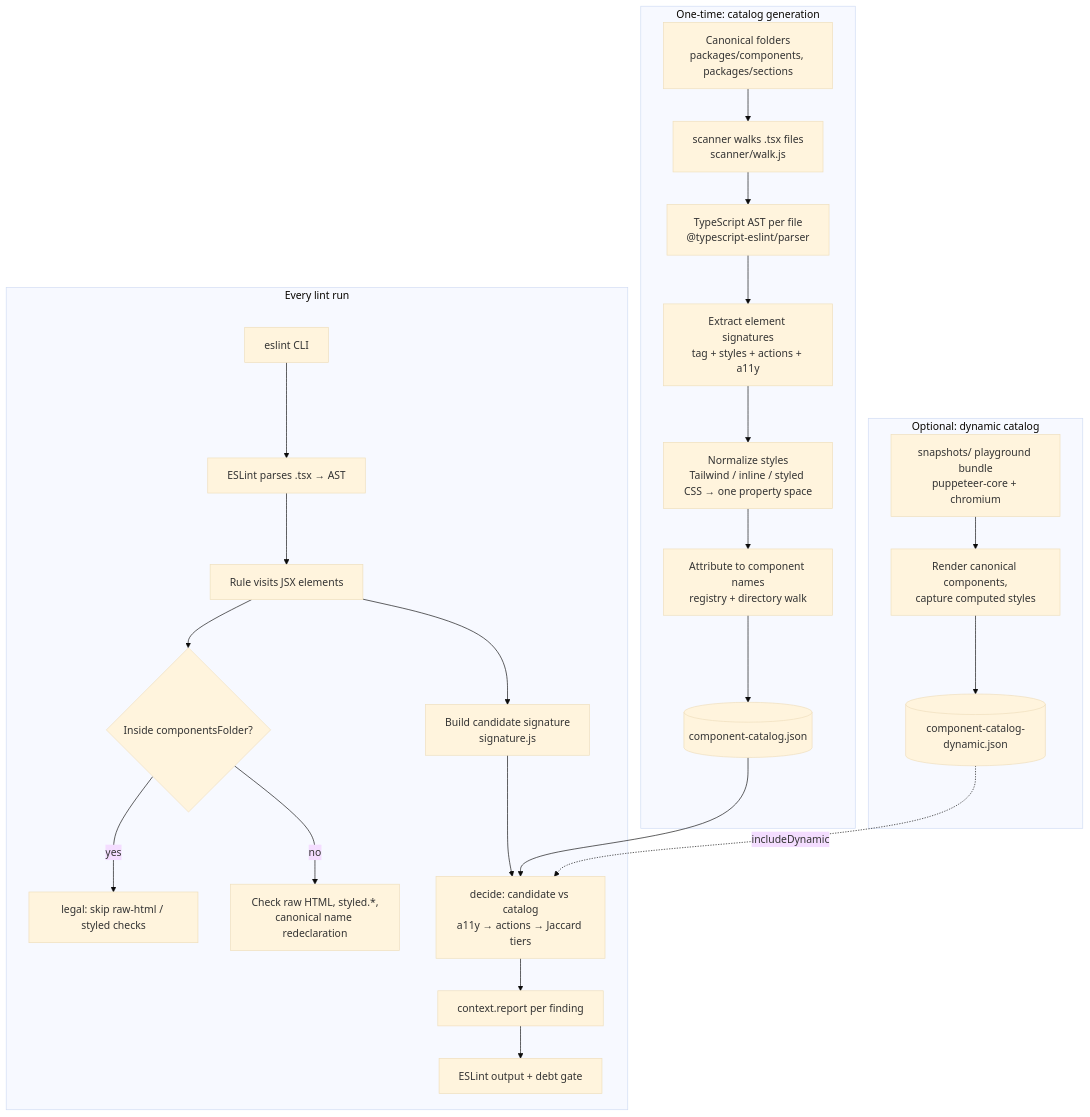
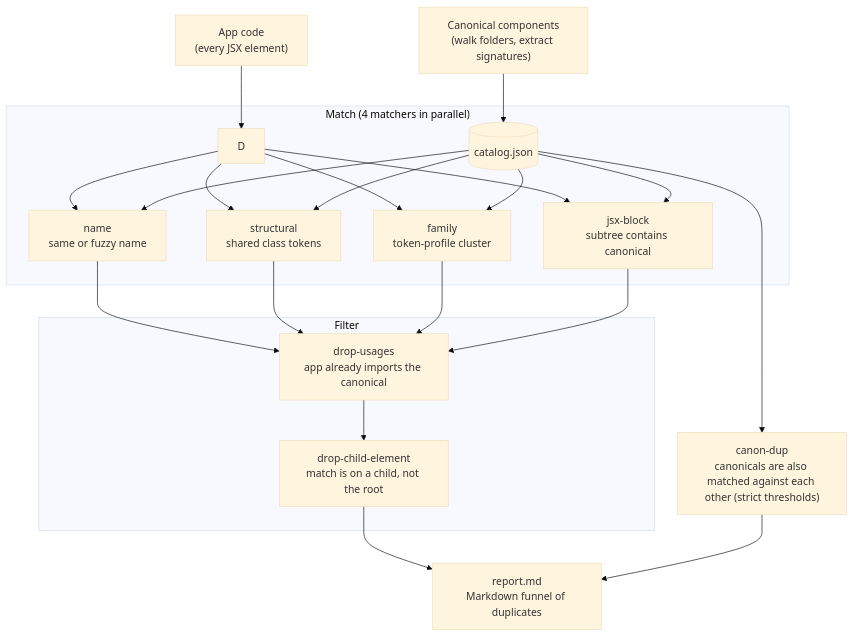
One commit to DrBoria/component-uniqueness changed the diagram in README.md. Above: the diagram before and after it, drawn with Mermaid (base theme). The commit also changed other lines of this file and 22 other files, not shown here.

Commit message:
v0.1.0: rename to @md-code scope, auto-generate catalog, canon-dup matching

````diff
--- a/README.md
+++ b/README.md
@@ -133,30 +7,31 @@
 ```mermaid
 flowchart TD
-    subgraph SCAN[One-time: catalog generation]
-        A[Canonical folders<br/>packages/components, packages/sections] --> B[scanner walks .tsx files<br/>scanner/walk.js]
-        B --> C[TypeScript AST per file<br/>@typescript-eslint/parser]
-        C --> D[Extract element signatures<br/>tag + styles + actions + a11y]
-        D --> E[Normalize styles<br/>Tailwind / inline / styled CSS → one property space]
-        E --> F[Attribute to component names<br/>registry + directory walk]
-        F --> G[(component-catalog.json)]
+    A["Canonical components<br/>(walk folders, extract signatures)"] --> B[("catalog.json")]
+    C["App code<br/>(every JSX element)"] --> D
+
+    subgraph match["Match (4 matchers in parallel)"]
+        D --> M1["name<br/>same or fuzzy name"]
+        D --> M2["structural<br/>shared class tokens"]
+        D --> M3["family<br/>token-profile cluster"]
+        D --> M4["jsx-block<br/>subtree contains canonical"]
+        B --> M1
+        B --> M2
+        B --> M3
+        B --> M4
     end
 
-    subgraph DYN[Optional: dynamic catalog]
-        H[snapshots/ playground bundle<br/>puppeteer-core + chromium] --> I[Render canonical components,<br/>capture computed styles]
-        I --> J[(component-catalog-dynamic.json)]
+    M1 --> F1
+    M2 --> F1
+    M3 --> F1
+    M4 --> F1
+
+    B --> CD["canon-dup<br/>canonicals are also matched against each other (strict thresholds)"]
+
+    subgraph filter["Filter"]
+        F1["drop-usages<br/>app already imports the canonical"]
+        F1 --> F2["drop-child-element<br/>match is on a child, not the root"]
     end
 
-    subgraph LINT[Every lint run]
-        K[eslint CLI] --> L[ESLint parses .tsx → AST]
-        L --> M[Rule visits JSX elements]
-        M --> N{Inside componentsFolder?}
-        N -- yes --> O[legal: skip raw-html / styled checks]
-        N -- no --> P[Check raw HTML, styled.*,<br/>canonical name redeclaration]
-        M --> Q[Build candidate signature<br/>signature.js]
-        Q --> R[decide: candidate vs catalog<br/>a11y → actions → Jaccard tiers]
-        G --> R
-        J -. includeDynamic .-> R
-        R --> S[context.report per finding]
-        S --> T[ESLint output + debt gate]
-    end
+    F2 --> E["report.md<br/>Markdown funnel of duplicates"]
+    CD --> E
 ```
````
